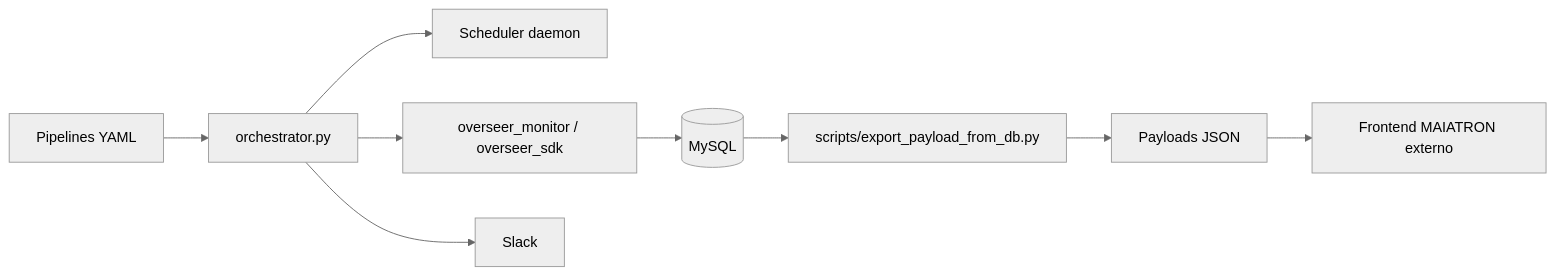
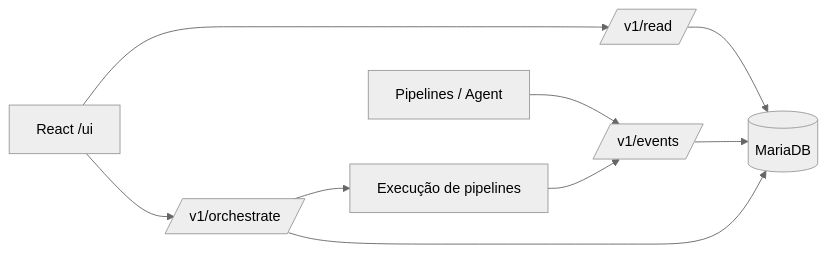
One commit to emanuwells/Overseer changed the diagram in PROJECT_CONTEXT.md. Above: the diagram before and after it, drawn with Mermaid (neutral theme). The commit also changed other lines of this file and 93 other files, not shown here.

````diff
--- a/PROJECT_CONTEXT.md
+++ b/PROJECT_CONTEXT.md
@@ -68,11 +33,11 @@
 ```mermaid
 flowchart LR
-    yaml[Pipelines YAML] --> orchestrator[orchestrator.py]
-    orchestrator --> scheduler[Scheduler daemon]
-    orchestrator --> monitor[overseer_monitor / overseer_sdk]
-    monitor --> db[(MySQL)]
-    db --> export[scripts/export_payload_from_db.py]
-    export --> payload[Payloads JSON]
-    payload --> frontend[Frontend MAIATRON externo]
-    orchestrator --> slack[Slack]
+    ui[React /ui] --> read[/v1/read/]
+    pipelines[Pipelines / Agent] --> events[/v1/events/]
+    ui --> orch[/v1/orchestrate/]
+    orch --> runner[Execução de pipelines]
+    runner --> events
+    read --> db[(MariaDB)]
+    events --> db
+    orch --> db
 ```
````
